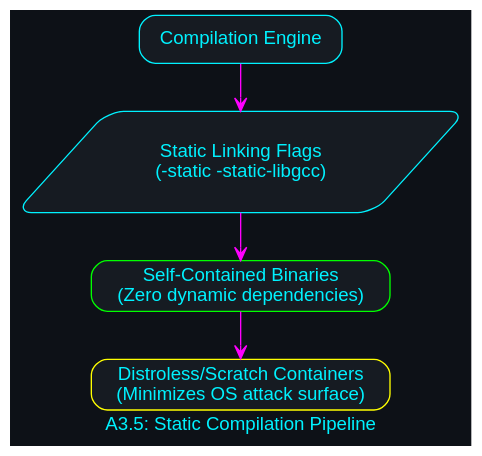
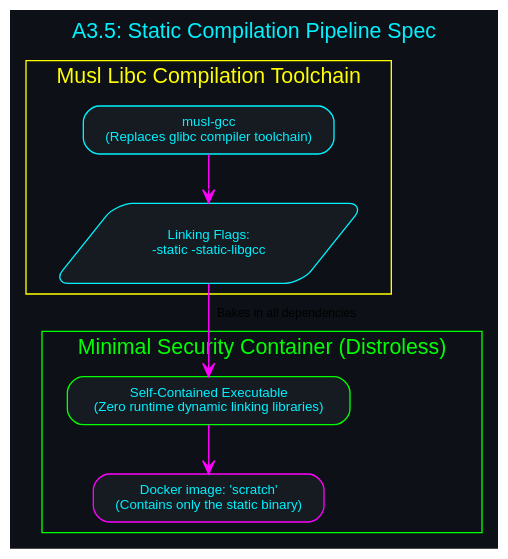
Before and after one commit to danindiana/hybrid-framework: the diagram in diagrams/compilations/future_static_compilation.dot, drawn with Graphviz. The commit also changed 74 other files, not shown here.

Commit message:
docs: expand compilation diagrams to include detailed subgraphs and annotations

```diff
--- a/diagrams/compilations/future_static_compilation.dot
+++ b/diagrams/compilations/future_static_compilation.dot
@@ -1,14 +1,25 @@
 digraph FutureStatic {
-        graph [bgcolor="#0d1117", fontname="Helvetica", fontcolor="#00f2ff", label="A3.5: Static Compilation Pipeline"];
-        node [shape=box, style="filled,rounded", color="#00f2ff", fontcolor="#00f2ff", fillcolor="#161b22", fontname="Helvetica"];
-        edge [color="#ff00ff", arrowhead=vee];
+        graph [bgcolor="#0d1117", fontname="Helvetica", fontcolor="#00f2ff", label="A3.5: Static Compilation Pipeline Spec", labelloc="t", fontsize=16];
+        node [shape=box, style="filled,rounded", color="#00f2ff", fontcolor="#00f2ff", fillcolor="#161b22", fontname="Helvetica", fontsize=10];
+        edge [color="#ff00ff", arrowhead=vee, fontname="Helvetica", fontsize=9];
 
-        Build_Harness [label="Compilation Engine"];
-        Static_Link [label="Static Linking Flags\n(-static -static-libgcc)", shape=parallelogram];
-        Static_Binary [label="Self-Contained Binaries\n(Zero dynamic dependencies)", color="#00ff00"];
-        Docker [label="Distroless/Scratch Containers\n(Minimizes OS attack surface)", color="#ffff00"];
+        subgraph cluster_musl_toolchain {
+            label = "Musl Libc Compilation Toolchain";
+            color = "#ffff00";
+            fontcolor = "#ffff00";
+            Musl_GCC [label="musl-gcc\n(Replaces glibc compiler toolchain)"];
+            Flags [label="Linking Flags:\n-static -static-libgcc", shape=parallelogram];
+            Musl_GCC -> Flags;
+        }
 
-        Build_Harness -> Static_Link;
-        Static_Link -> Static_Binary;
-        Static_Binary -> Docker;
+        subgraph cluster_static_deployment {
+            label = "Minimal Security Container (Distroless)";
+            color = "#00ff00";
+            fontcolor = "#00ff00";
+            Static_Binary [label="Self-Contained Executable\n(Zero runtime dynamic linking libraries)", color="#00ff00"];
+            Scratch_Image [label="Docker image: 'scratch'\n(Contains only the static binary)", color="#ff00ff"];
+            Static_Binary -> Scratch_Image;
+        }
+
+        Flags -> Static_Binary [label="Bakes in all dependencies"];
     }
```
